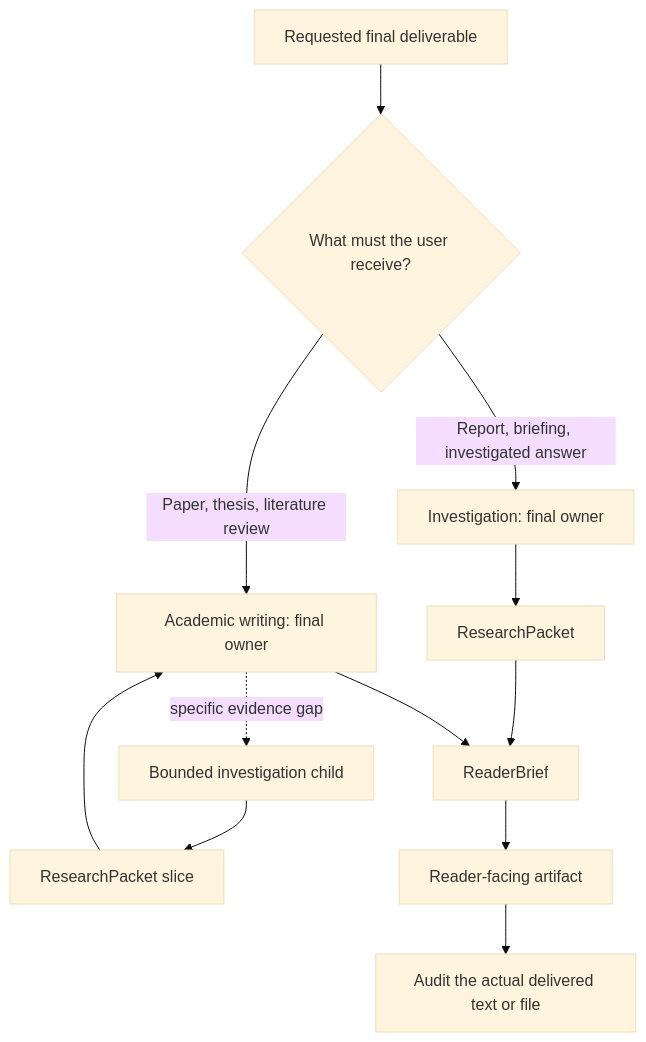
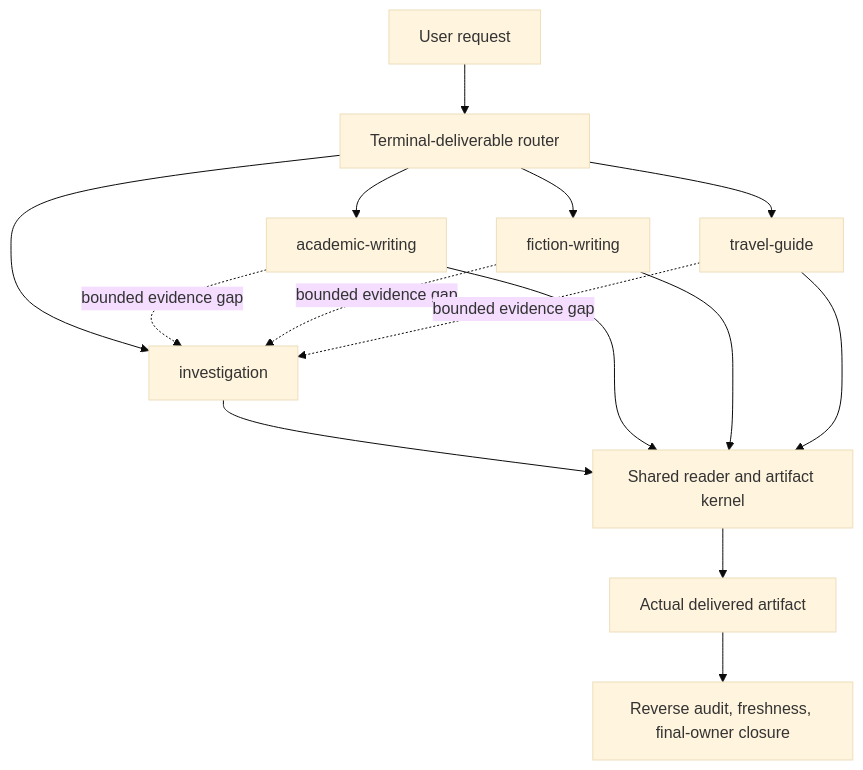
Before and after one commit to liuyingxuvka/LogicWriting: the diagram in README.md, drawn with Mermaid (base theme). The commit also changed other lines of this file and 484 other files, not shown here.

````diff
--- a/README.md
+++ b/README.md
@@ -62,14 +89,14 @@
 ```mermaid
 flowchart TD
-    A["Requested final deliverable"] --> R{"What must the user receive?"}
-    R -->|"Report, briefing, investigated answer"| I["Investigation: final owner"]
-    R -->|"Paper, thesis, literature review"| W["Academic writing: final owner"]
-    W -. "specific evidence gap" .-> C["Bounded investigation child"]
-    C --> PS["ResearchPacket slice"]
-    PS --> W
-    I --> P["ResearchPacket"]
-    P --> B["ReaderBrief"]
-    W --> B
-    B --> O["Reader-facing artifact"]
-    O --> Q["Audit the actual delivered text or file"]
+    U["User request"] --> R["Terminal-deliverable router"]
+    R --> I["investigation"]
+    R --> A["academic-writing"]
+    R --> F["fiction-writing"]
+    R --> T["travel-guide"]
+    I & A & F & T --> K["Shared reader and artifact kernel"]
+    K --> X["Actual delivered artifact"]
+    X --> V["Reverse audit, freshness, final-owner closure"]
+    A -. "bounded evidence gap" .-> I
+    F -. "bounded evidence gap" .-> I
+    T -. "bounded evidence gap" .-> I
 ```
````
